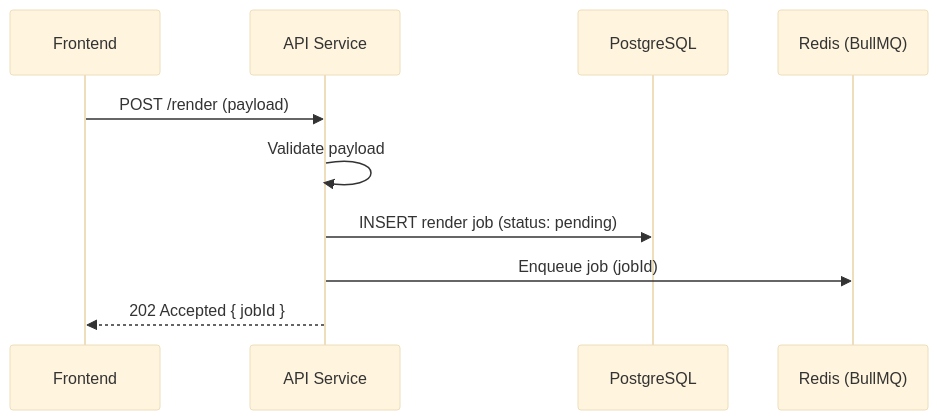
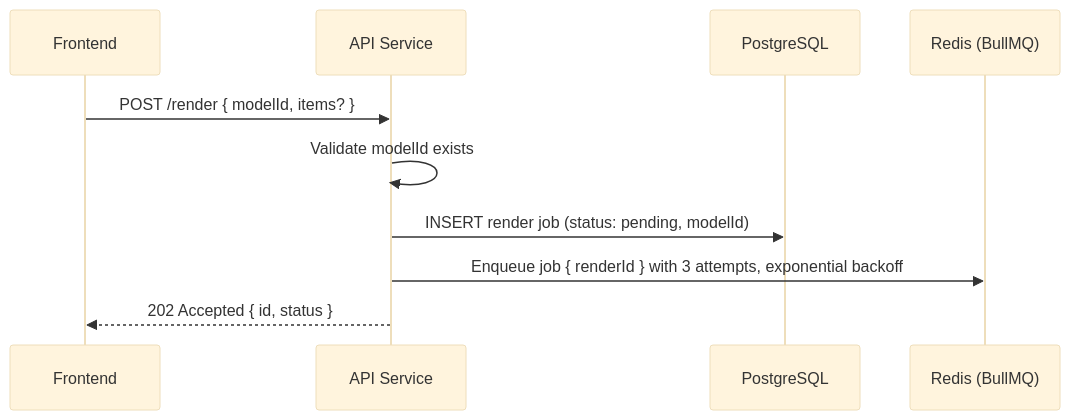
One commit to giovanizaghi/3d-room-platform changed the third of 3 diagrams in docs/architecture/02-api.md. Above: the diagram before and after it, drawn with Mermaid (base theme). The commit also changed other lines of this file and 5 other files, not shown here.

Commit message:
feat: enhance API and worker documentation; update data models and queue configurations

````diff
--- a/docs/architecture/02-api.md
+++ b/docs/architecture/02-api.md
@@ -54,13 +89,13 @@
 ```mermaid
 sequenceDiagram
     participant Client as Frontend
     participant API as API Service
     participant DB as PostgreSQL
     participant Queue as Redis (BullMQ)
 
-    Client->>API: POST /render (payload)
-    API->>API: Validate payload
-    API->>DB: INSERT render job (status: pending)
-    API->>Queue: Enqueue job (jobId)
-    API-->>Client: 202 Accepted { jobId }
+    Client->>API: POST /render { modelId, items? }
+    API->>API: Validate modelId exists
+    API->>DB: INSERT render job (status: pending, modelId)
+    API->>Queue: Enqueue job { renderId } with 3 attempts, exponential backoff
+    API-->>Client: 202 Accepted { id, status }
 ```
````
